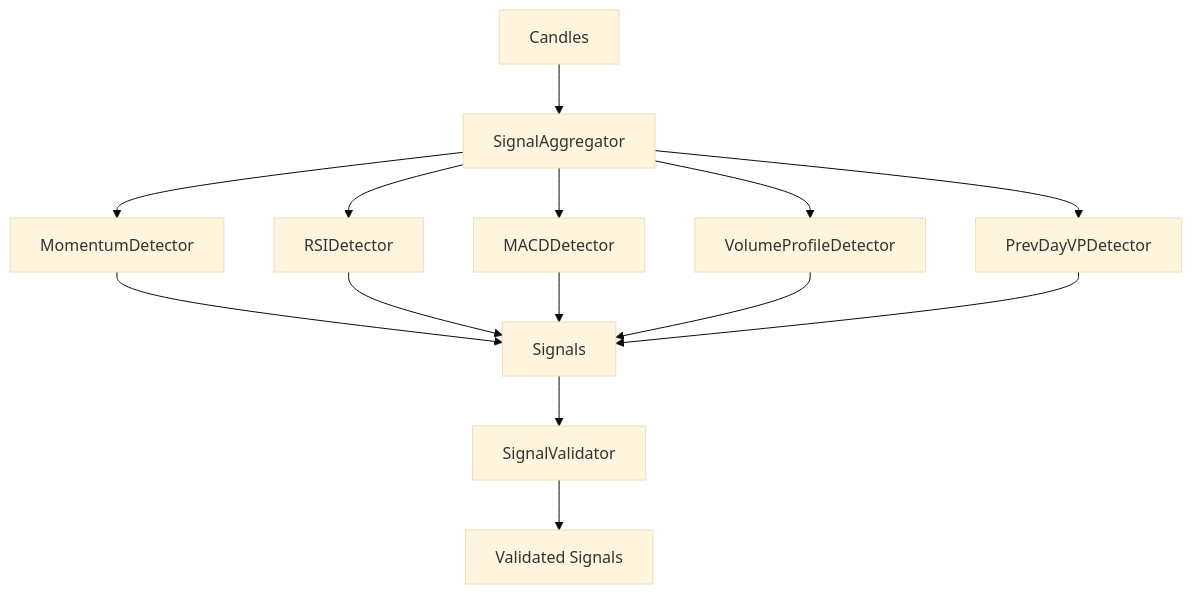
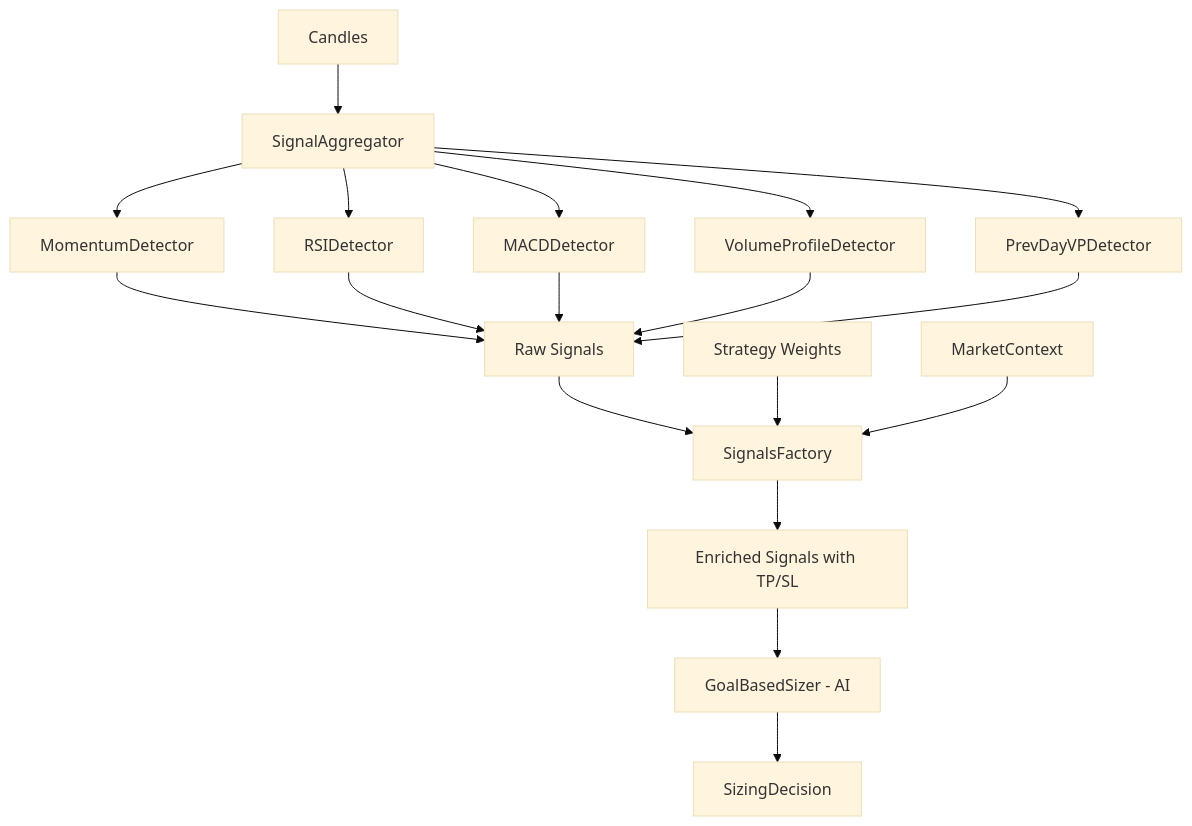
Before and after one commit to ofersarid/trading-bot: the diagram in bot/signals/README.md, drawn with Mermaid (base theme). The commit also changed other lines of this file and 49 other files, not shown here.

First line of the commit message:
feat: Add goal-based AI trading with clean signals architecture

````diff
--- a/bot/signals/README.md
+++ b/bot/signals/README.md
@@ -17,19 +18,24 @@
 ```mermaid
 flowchart TD
     CANDLES[Candles] --> AGG[SignalAggregator]
 
     AGG --> MOM[MomentumDetector]
     AGG --> RSI[RSIDetector]
     AGG --> MACD[MACDDetector]
     AGG --> VP[VolumeProfileDetector]
     AGG --> PDVP[PrevDayVPDetector]
 
-    MOM --> SIGNALS[Signals]
+    MOM --> SIGNALS[Raw Signals]
     RSI --> SIGNALS
     MACD --> SIGNALS
     VP --> SIGNALS
     PDVP --> SIGNALS
 
-    SIGNALS --> VALIDATOR[SignalValidator]
-    VALIDATOR --> OUTPUT[Validated Signals]
+    SIGNALS --> FACTORY[SignalsFactory]
+    STRATEGY[Strategy Weights] --> FACTORY
+    MARKET[MarketContext] --> FACTORY
+    FACTORY --> ENRICHED[Enriched Signals with TP/SL]
+
+    ENRICHED --> SIZER[GoalBasedSizer - AI]
+    SIZER --> SIZING[SizingDecision]
 ```
````
